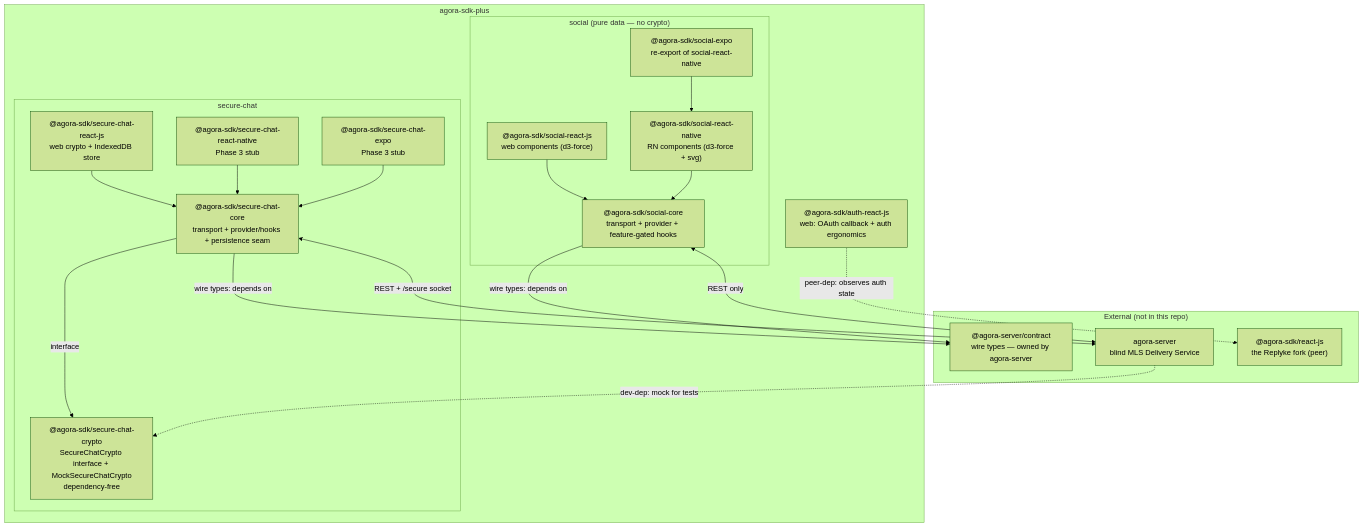
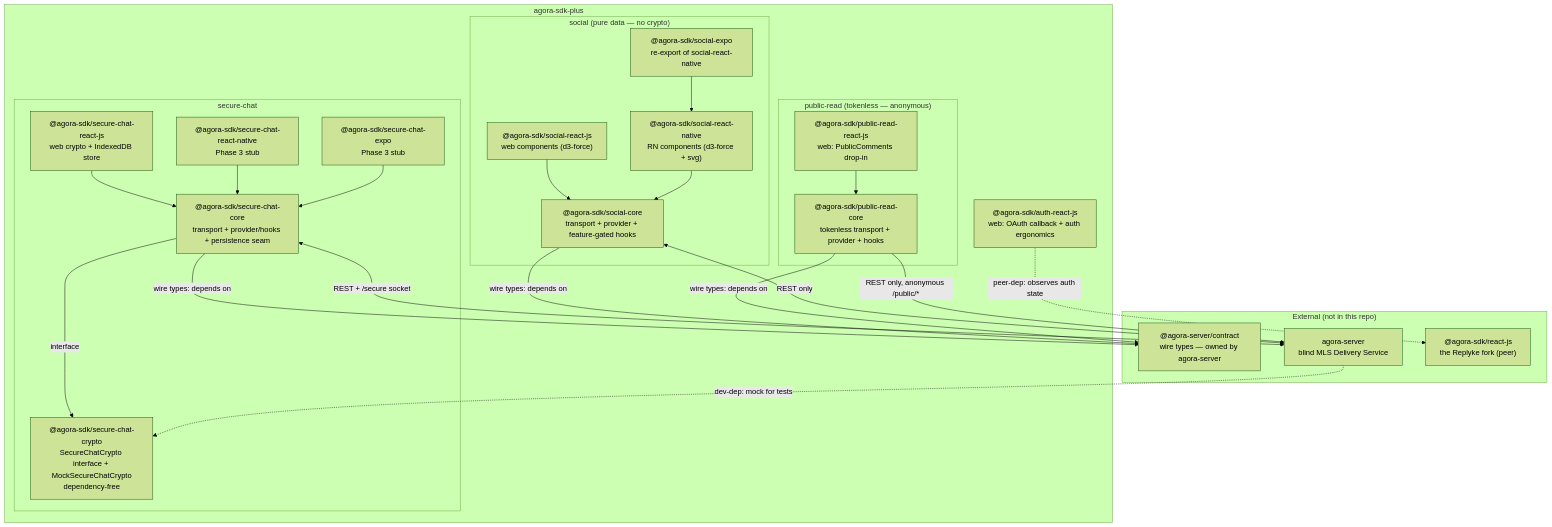
One commit to agora-oss-org/agora-sdk-plus changed the first of 7 diagrams in ARCHITECTURE.md. Above: the diagram before and after it, drawn with Mermaid (forest theme). The commit also changed other lines of this file and 6 other files, not shown here.

First line of the commit message:
docs(public-read): integration guide + repo propagation

````diff
--- a/ARCHITECTURE.md
+++ b/ARCHITECTURE.md
@@ -21,39 +21,46 @@
 ```mermaid
 flowchart TD
   subgraph "External (not in this repo)"
     contract["@agora-server/contract<br/>wire types — owned by agora-server"]
     server["agora-server<br/>blind MLS Delivery Service"]
     sdk["@agora-sdk/react-js<br/>the Replyke fork (peer)"]
   end
 
   subgraph "agora-sdk-plus"
     subgraph "secure-chat"
       crypto["@agora-sdk/secure-chat-crypto<br/>SecureChatCrypto interface + MockSecureChatCrypto<br/>dependency-free"]
       coreP["@agora-sdk/secure-chat-core<br/>transport + provider/hooks + persistence seam"]
       webP["@agora-sdk/secure-chat-react-js<br/>web crypto + IndexedDB store"]
       rnP["@agora-sdk/secure-chat-react-native<br/>Phase 3 stub"]
       expoP["@agora-sdk/secure-chat-expo<br/>Phase 3 stub"]
     end
     subgraph "social (pure data — no crypto)"
       sCoreP["@agora-sdk/social-core<br/>transport + provider + feature-gated hooks"]
       sWebP["@agora-sdk/social-react-js<br/>web components (d3-force)"]
       sRnP["@agora-sdk/social-react-native<br/>RN components (d3-force + svg)"]
       sExpoP["@agora-sdk/social-expo<br/>re-export of social-react-native"]
     end
+    subgraph "public-read (tokenless — anonymous)"
+      pCoreP["@agora-sdk/public-read-core<br/>tokenless transport + provider + hooks"]
+      pWebP["@agora-sdk/public-read-react-js<br/>web: PublicComments drop-in"]
+    end
     authP["@agora-sdk/auth-react-js<br/>web: OAuth callback + auth ergonomics"]
   end
 
   coreP -->|interface| crypto
   coreP -->|wire types: depends on| contract
   webP --> coreP
   rnP --> coreP
   expoP --> coreP
   sCoreP -->|wire types: depends on| contract
   sWebP --> sCoreP
   sRnP --> sCoreP
   sExpoP --> sRnP
+  pCoreP -->|wire types: depends on| contract
+  pWebP --> pCoreP
   authP -.->|peer-dep: observes auth state| sdk
   server -.->|dev-dep: mock for tests| crypto
   coreP <-->|REST + /secure socket| server
   sCoreP <-->|REST only| server
+  pCoreP -->|REST only, anonymous /public/*| server
 ```
````
